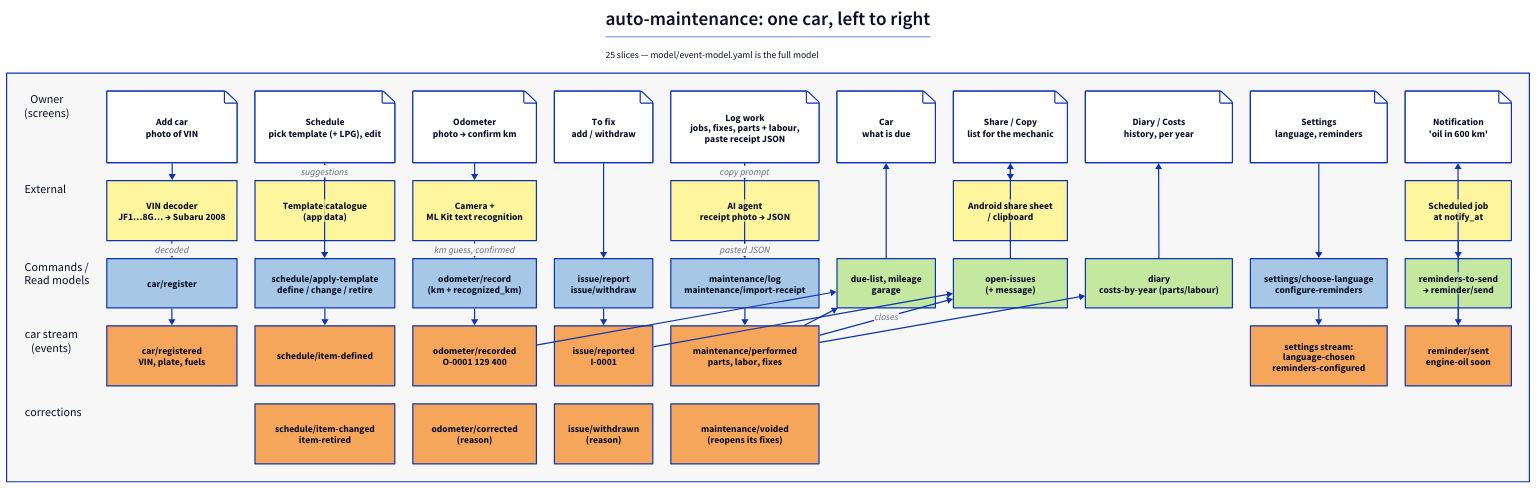
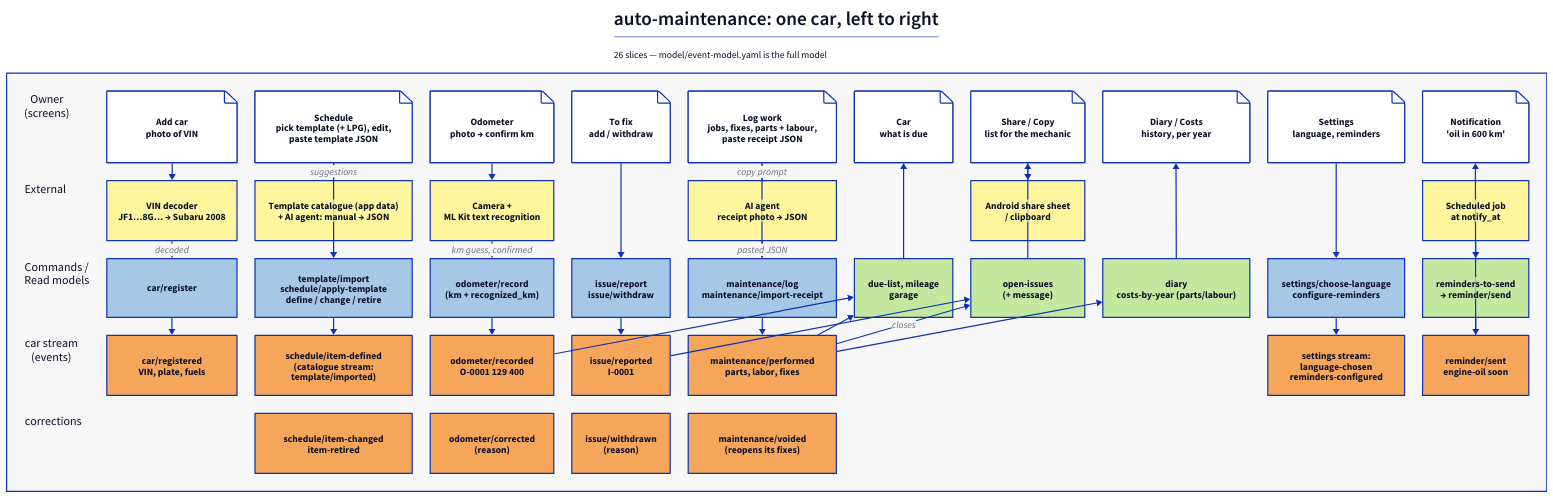
Before and after one commit to avkoval/odo-and-wrench: the diagram in model/event-model.d2, drawn with D2. The commit also changed 25 other files, not shown here.

Commit message:
Publish Odo & Wrench under GPLv3 and implement template import

```diff
--- a/model/event-model.d2
+++ b/model/event-model.d2
@@ -1,102 +1,102 @@
 title: |md
   # auto-maintenance: one car, left to right
-  25 slices — model/event-model.yaml is the full model
+  26 slices — model/event-model.yaml is the full model
 | {near: top-center}
 
 model: {
   label: ""
   grid-rows: 5
   grid-columns: 11
   grid-gap: 30
   style.fill: "#F7F7F7"
 
   l0: "Owner\n(screens)" {shape: text; style.font-size: 20}
   s_garage: "Add car\nphoto of VIN" {style.fill: "#FFFFFF"; shape: page}
-  s_sched: "Schedule\npick template (+ LPG), edit" {style.fill: "#FFFFFF"; shape: page}
+  s_sched: "Schedule\npick template (+ LPG), edit,\npaste template JSON" {style.fill: "#FFFFFF"; shape: page}
   s_cap: "Odometer\nphoto → confirm km" {style.fill: "#FFFFFF"; shape: page}
   s_issue: "To fix\nadd / withdraw" {style.fill: "#FFFFFF"; shape: page}
   s_log: "Log work\njobs, fixes, parts + labour,\npaste receipt JSON" {style.fill: "#FFFFFF"; shape: page}
   s_car: "Car\nwhat is due" {style.fill: "#FFFFFF"; shape: page}
   s_share: "Share / Copy\nlist for the mechanic" {style.fill: "#FFFFFF"; shape: page}
   s_diary: "Diary / Costs\nhistory, per year" {style.fill: "#FFFFFF"; shape: page}
   s_settings: "Settings\nlanguage, reminders" {style.fill: "#FFFFFF"; shape: page}
   s_notif: "Notification\n'oil in 600 km'" {style.fill: "#FFFFFF"; shape: page}
 
   l1: "External" {shape: text; style.font-size: 20}
   x_vin: "VIN decoder\nJF1…8G… → Subaru 2008" {style.fill: "#FFF59D"}
-  x_tpl: "Template catalogue\n(app data)" {style.fill: "#FFF59D"}
+  x_tpl: "Template catalogue (app data)\n+ AI agent: manual → JSON" {style.fill: "#FFF59D"}
   x_ocr: "Camera +\nML Kit text recognition" {style.fill: "#FFF59D"}
   g1: "" {style.opacity: 0}
   x_ai: "AI agent\nreceipt photo → JSON" {style.fill: "#FFF59D"}
   g3: "" {style.opacity: 0}
   x_share: "Android share sheet\n/ clipboard" {style.fill: "#FFF59D"}
   g4: "" {style.opacity: 0}
   g5: "" {style.opacity: 0}
   x_tick: "Scheduled job\nat notify_at" {style.fill: "#FFF59D"}
 
   l2: "Commands /\nRead models" {shape: text; style.font-size: 20}
   c_reg: "car/register" {style.fill: "#A7C7E7"}
-  c_def: "schedule/apply-template\ndefine / change / retire" {style.fill: "#A7C7E7"}
+  c_def: "template/import\nschedule/apply-template\ndefine / change / retire" {style.fill: "#A7C7E7"}
   c_odo: "odometer/record\n(km + recognized_km)" {style.fill: "#A7C7E7"}
   c_issue: "issue/report\nissue/withdraw" {style.fill: "#A7C7E7"}
   c_log: "maintenance/log\nmaintenance/import-receipt" {style.fill: "#A7C7E7"}
   rm_due: "due-list, mileage\ngarage" {style.fill: "#C5E8A0"}
   rm_issues: "open-issues\n(+ message)" {style.fill: "#C5E8A0"}
   rm_diary: "diary\ncosts-by-year (parts/labour)" {style.fill: "#C5E8A0"}
   c_set: "settings/choose-language\nconfigure-reminders" {style.fill: "#A7C7E7"}
   rm_rem: "reminders-to-send\n→ reminder/send" {style.fill: "#C5E8A0"}
 
   l3: "car stream\n(events)" {shape: text; style.font-size: 20}
   e_reg: "car/registered\nVIN, plate, fuels" {style.fill: "#F5A65B"}
-  e_def: "schedule/item-defined" {style.fill: "#F5A65B"}
+  e_def: "schedule/item-defined\n(catalogue stream:\ntemplate/imported)" {style.fill: "#F5A65B"}
   e_odo: "odometer/recorded\nO-0001 129 400" {style.fill: "#F5A65B"}
   e_issue: "issue/reported\nI-0001" {style.fill: "#F5A65B"}
   e_log: "maintenance/performed\nparts, labor, fixes" {style.fill: "#F5A65B"}
   g6: "" {style.opacity: 0}
   g7: "" {style.opacity: 0}
   g8: "" {style.opacity: 0}
   e_set: "settings stream:\nlanguage-chosen\nreminders-configured" {style.fill: "#F5A65B"}
   e_rem: "reminder/sent\nengine-oil soon" {style.fill: "#F5A65B"}
 
   l4: "corrections" {shape: text; style.font-size: 20}
   g10: "" {style.opacity: 0}
   e_chg: "schedule/item-changed\nitem-retired" {style.fill: "#F5A65B"}
   e_corr: "odometer/corrected\n(reason)" {style.fill: "#F5A65B"}
   e_wd: "issue/withdrawn\n(reason)" {style.fill: "#F5A65B"}
   e_void: "maintenance/voided\n(reopens its fixes)" {style.fill: "#F5A65B"}
   g11: "" {style.opacity: 0}
   g12: "" {style.opacity: 0}
   g13: "" {style.opacity: 0}
   g14: "" {style.opacity: 0}
   g15: "" {style.opacity: 0}
 }
 
 model.s_garage -> model.x_vin
 model.x_vin -> model.c_reg: decoded
 model.c_reg -> model.e_reg
 model.x_tpl -> model.s_sched: suggestions
 model.s_sched -> model.c_def
 model.c_def -> model.e_def
 model.s_cap -> model.x_ocr
 model.x_ocr -> model.c_odo: km guess, confirmed
 model.c_odo -> model.e_odo
 model.s_issue -> model.c_issue
 model.c_issue -> model.e_issue
 model.s_log -> model.x_ai: copy prompt
 model.x_ai -> model.c_log: pasted JSON
 model.s_log -> model.c_log
 model.c_log -> model.e_log
 model.e_odo -> model.rm_due
 model.e_log -> model.rm_due
 model.e_issue -> model.rm_issues
 model.e_log -> model.rm_issues: closes
 model.rm_due -> model.s_car
 model.rm_issues -> model.s_share
 model.s_share -> model.x_share
 model.e_log -> model.rm_diary
 model.rm_diary -> model.s_diary
 model.s_settings -> model.c_set
 model.c_set -> model.e_set
 model.x_tick -> model.rm_rem
 model.rm_rem -> model.e_rem
 model.e_rem -> model.s_notif
```
